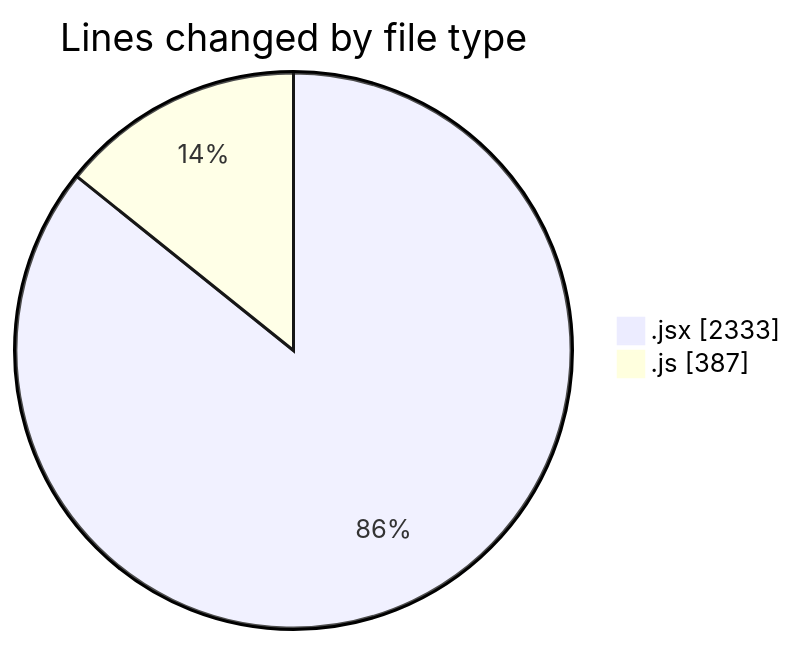
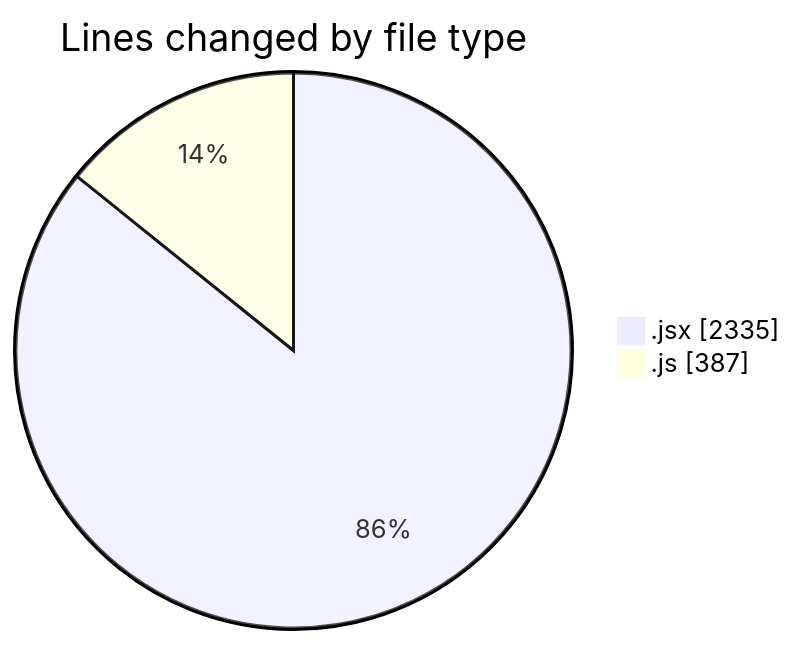
The first of 2 diagrams in 2025-05-09/argos-dev/README.md (nxtqubesakshisongat/code-tracking), drawn with Mermaid before and after one commit. The commit also changed other lines of this file and 1 other file, not shown here.

````diff
--- a/2025-05-09/argos-dev/README.md
+++ b/2025-05-09/argos-dev/README.md
@@ -24,6 +24,6 @@
 ```mermaid
 pie showData
 title Lines changed by file type
-".jsx" : 2333
+".jsx" : 2335
 ".js" : 387
 ```
````
